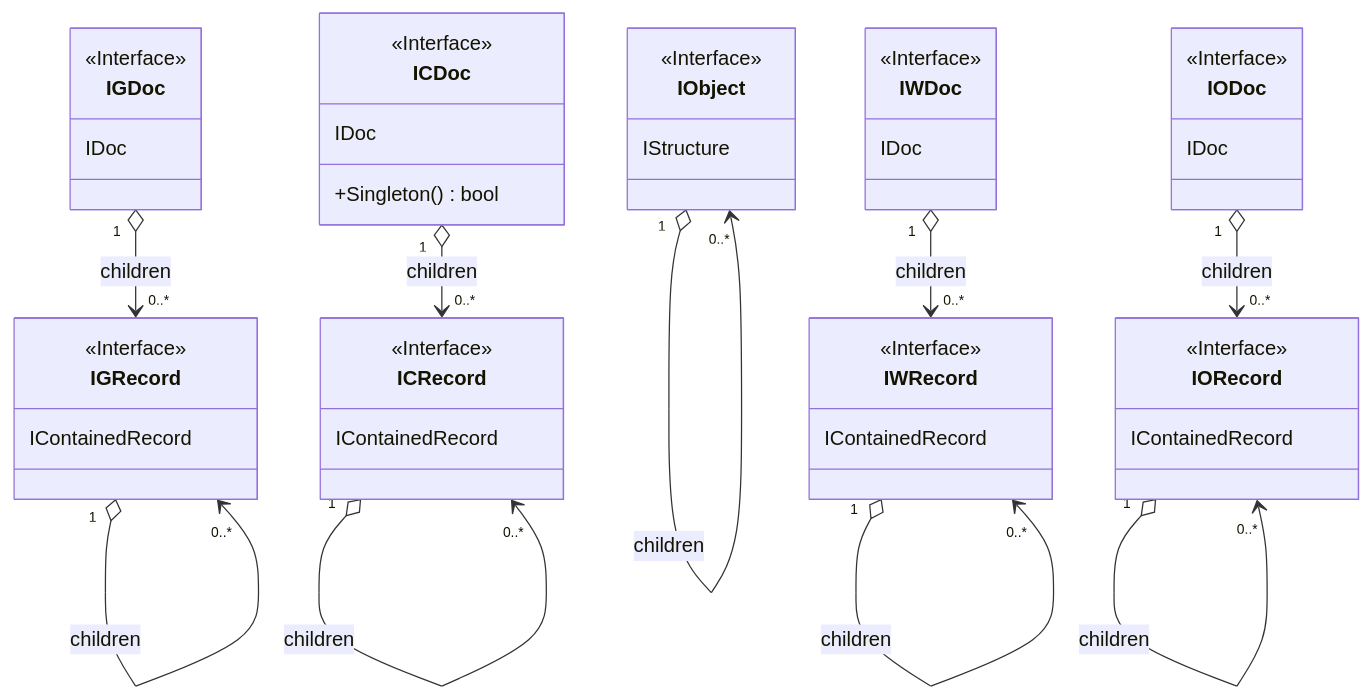
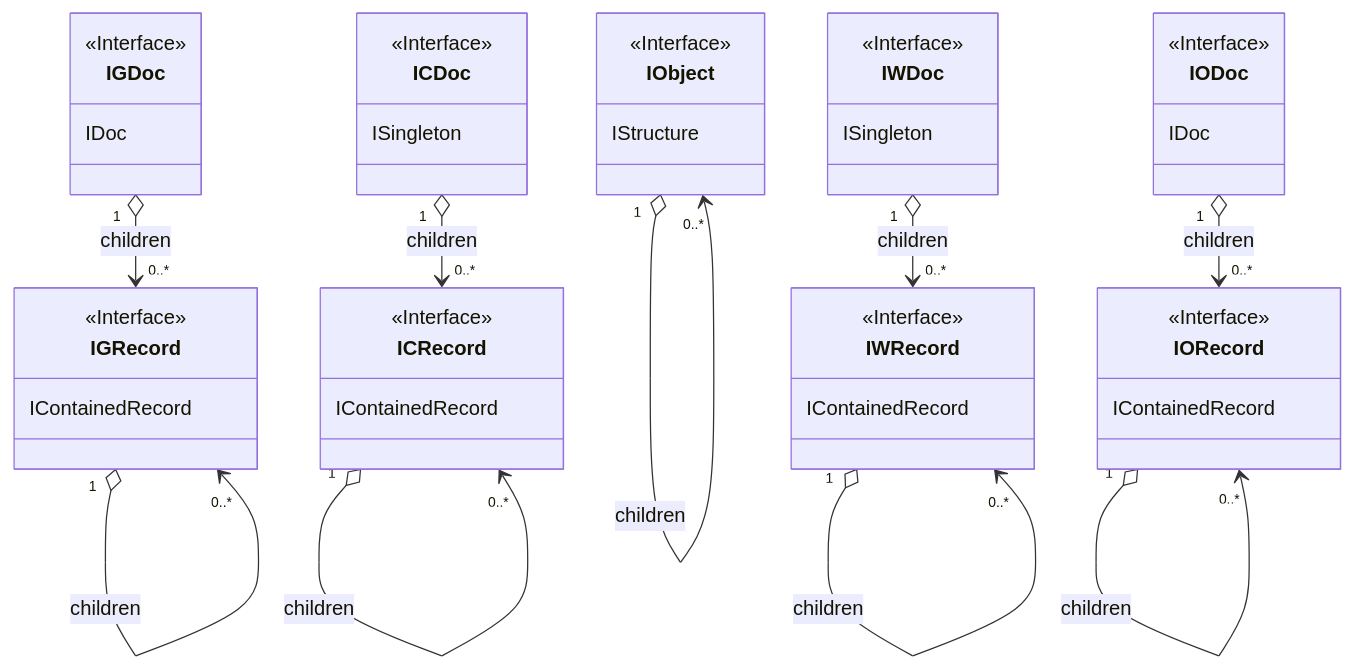
Before and after one commit to voedger/voedger: the fourth of 7 diagrams in pkg/appdef/README.md, drawn with Mermaid. The commit also changed other lines of this file, not shown here.

````diff
--- a/pkg/appdef/README.md
+++ b/pkg/appdef/README.md
@@ -353,59 +363,58 @@
 ```mermaid
 classDiagram
   direction TB
 
   class IGDoc {
     <<Interface>>
     IDoc
   }
   IGDoc "1" o--> "0..*" IGRecord : children
 
   class IGRecord {
     <<Interface>>
     IContainedRecord
   }
   IGRecord "1" o--> "0..*" IGRecord : children
 
   class ICDoc {
     <<Interface>>
-    IDoc
-    +Singleton() bool
+    ISingleton
   }
   ICDoc "1" o--> "0..*" ICRecord : children
 
   class ICRecord {
     <<Interface>>
     IContainedRecord
   }
   ICRecord "1" o--> "0..*" ICRecord : children
 
   class IWDoc {
     <<Interface>>
-    IDoc
+    ISingleton
   }
   IWDoc "1" o--> "0..*" IWRecord : children
 
   class IWRecord {
     <<Interface>>
     IContainedRecord
   }
   IWRecord "1" o--> "0..*" IWRecord : children
 
   class IODoc {
     <<Interface>>
     IDoc
   }
   IODoc "1" o--> "0..*" IORecord : children
 
   class IORecord {
     <<Interface>>
     IContainedRecord
   }
   IORecord "1" o--> "0..*" IORecord : children
 
   class IObject {
     <<Interface>>
     IStructure
   }
   IObject "1" o--> "0..*" IObject : children
 ```
````
